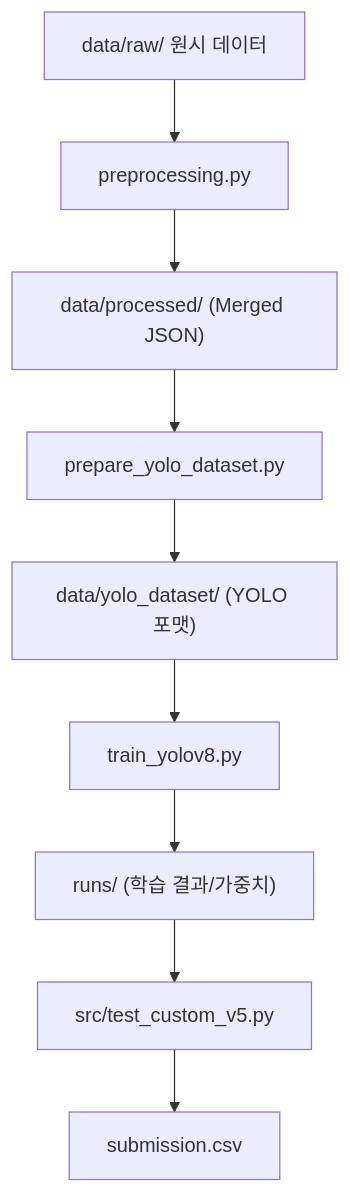
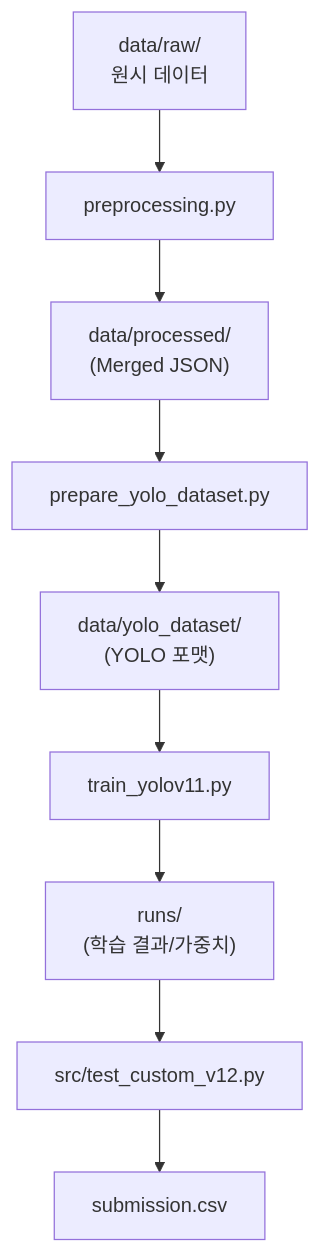
One commit to ahnella2026/PillaTech_team04 changed the diagram in README.md. Above: the diagram before and after it, drawn with Mermaid. The commit also changed other lines of this file and 27 other files, not shown here.

````diff
--- a/README.md
+++ b/README.md
@@ -12,11 +16,11 @@
 ```mermaid
 graph TD
-    A[data/raw/ 원시 데이터] --> B[preprocessing.py]
-    B --> C["data/processed/ (Merged JSON)"]
+    A["data/raw/<br/>원시 데이터"] --> B[preprocessing.py]
+    B --> C["data/processed/<br/>(Merged JSON)"]
     C --> D[prepare_yolo_dataset.py]
-    D --> E["data/yolo_dataset/ (YOLO 포맷)"]
-    E --> F[train_yolov8.py]
-    F --> G["runs/ (학습 결과/가중치)"]
-    G --> H[src/test_custom_v5.py]
+    D --> E["data/yolo_dataset/<br/>(YOLO 포맷)"]
+    E --> F[train_yolov11.py]
+    F --> G["runs/<br/>(학습 결과/가중치)"]
+    G --> H[src/test_custom_v12.py]
     H --> I[submission.csv]
 ```
````
